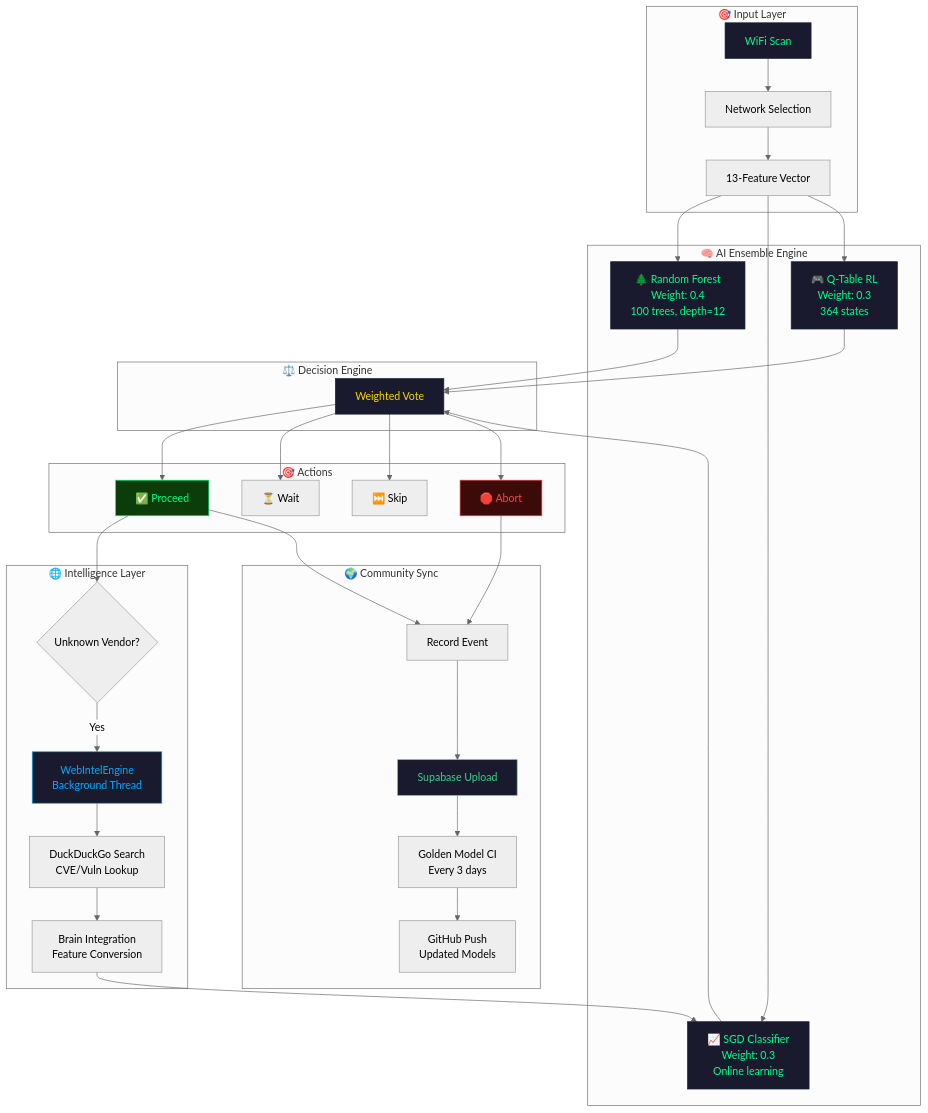
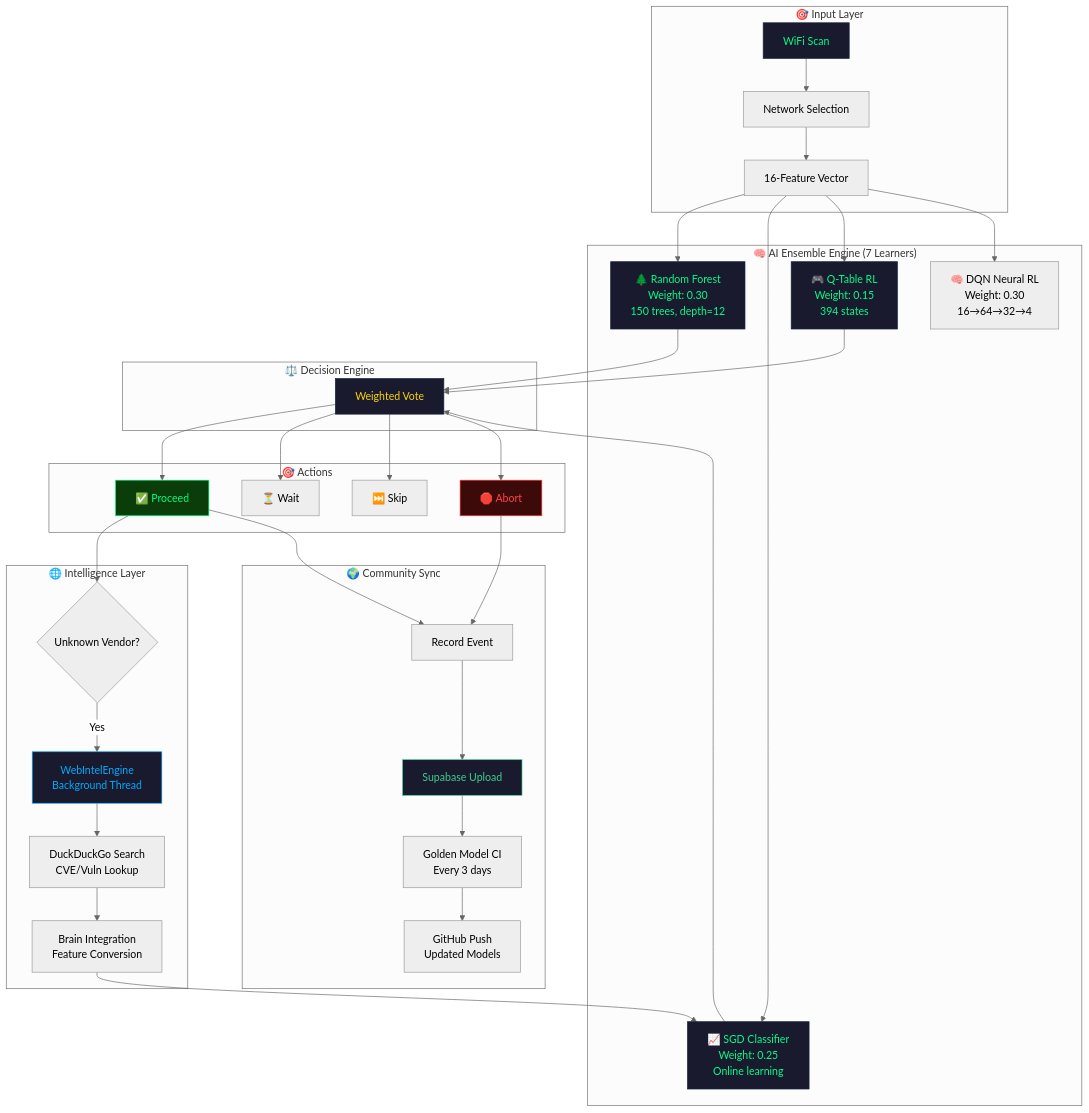
One commit to OPX-Aminul/OPXoneshot changed the first of 4 diagrams in README.md. Above: the diagram before and after it, drawn with Mermaid (neutral theme). The commit also changed other lines of this file, not shown here.

````diff
--- a/README.md
+++ b/README.md
@@ -270,52 +300,53 @@
 ```mermaid
 graph TB
     subgraph "🎯 Input Layer"
         A[WiFi Scan] --> B[Network Selection]
-        B --> C[13-Feature Vector]
+        B --> C[16-Feature Vector]
     end
 
-    subgraph "🧠 AI Ensemble Engine"
-        C --> D["🌲 Random Forest<br/>Weight: 0.4<br/>100 trees, depth=12"]
-        C --> E["📈 SGD Classifier<br/>Weight: 0.3<br/>Online learning"]
-        C --> F["🎮 Q-Table RL<br/>Weight: 0.3<br/>364 states"]
+    subgraph "🧠 AI Ensemble Engine (7 Learners)"
+        C --> D["🌲 Random Forest<br/>Weight: 0.30<br/>150 trees, depth=12"]
+        C --> E["📈 SGD Classifier<br/>Weight: 0.25<br/>Online learning"]
+        C --> F["🎮 Q-Table RL<br/>Weight: 0.15<br/>394 states"]
+        C --> DQ["🧠 DQN Neural RL<br/>Weight: 0.30<br/>16→64→32→4"]
     end
 
     subgraph "⚖️ Decision Engine"
         D --> G[Weighted Vote]
         E --> G
         F --> G
     end
 
     subgraph "🎯 Actions"
         G --> H[✅ Proceed]
         G --> I[⏳ Wait]
         G --> J[⏭️ Skip]
         G --> K[🛑 Abort]
     end
 
     subgraph "🌐 Intelligence Layer"
         H --> L{Unknown Vendor?}
         L -->|Yes| M[WebIntelEngine<br/>Background Thread]
         M --> N[DuckDuckGo Search<br/>CVE/Vuln Lookup]
         N --> O[Brain Integration<br/>Feature Conversion]
         O --> E
     end
 
     subgraph "🌍 Community Sync"
         K --> P[Record Event]
         H --> P
         P --> Q[Supabase Upload]
         Q --> R[Golden Model CI<br/>Every 3 days]
         R --> S[GitHub Push<br/>Updated Models]
     end
 
     style A fill:#1a1a2e,stroke:#16213e,color:#00ff88
     style D fill:#1a1a2e,stroke:#16213e,color:#00ff88
     style E fill:#1a1a2e,stroke:#16213e,color:#00ff88
     style F fill:#1a1a2e,stroke:#16213e,color:#00ff88
     style G fill:#1a1a2e,stroke:#16213e,color:#ffd700
     style H fill:#0a3d0a,stroke:#00ff88,color:#00ff88
     style K fill:#3d0a0a,stroke:#ff4444,color:#ff4444
     style M fill:#1a1a2e,stroke:#00aaff,color:#00aaff
     style Q fill:#1a1a2e,stroke:#3ecf8e,color:#3ecf8e
 ```
````
